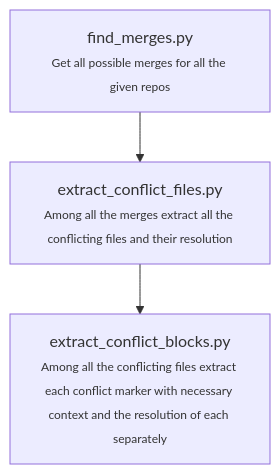
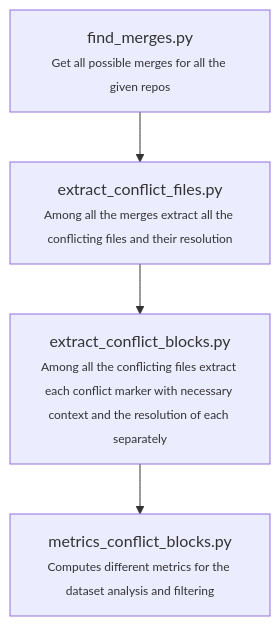
Before and after one commit to benedikt-schesch/Merge-Bench-Builder: the diagram in README.md, drawn with Mermaid. The commit also changed 11 other files, not shown here.

````diff
--- a/README.md
+++ b/README.md
@@ -30,4 +30,4 @@
 ```mermaid
 graph TD
-    find_merges.py["find_merges.py<br/><span style='font-size:12px;'>Get all possible merges for all the given repos</span>"] --> extract_conflict_files.py["extract_conflict_files.py<br/><span style='font-size:12px;'>Among all the merges extract all the conflicting files and their resolution</span>"] --> extract_conflict_blocks.py["extract_conflict_blocks.py<br/><span style='font-size:12px;'>Among all the conflicting files extract each conflict marker with necessary context and the resolution of each separately</span>"]
+    find_merges.py["find_merges.py<br/><span style='font-size:12px;'>Get all possible merges for all the given repos</span>"] --> extract_conflict_files.py["extract_conflict_files.py<br/><span style='font-size:12px;'>Among all the merges extract all the conflicting files and their resolution</span>"] --> extract_conflict_blocks.py["extract_conflict_blocks.py<br/><span style='font-size:12px;'>Among all the conflicting files extract each conflict marker with necessary context and the resolution of each separately</span>"] --> metrics_conflict_blocks.py["metrics_conflict_blocks.py<br/><span style='font-size:12px;'>Computes different metrics for the dataset analysis and filtering</span>"]
 ```
````
